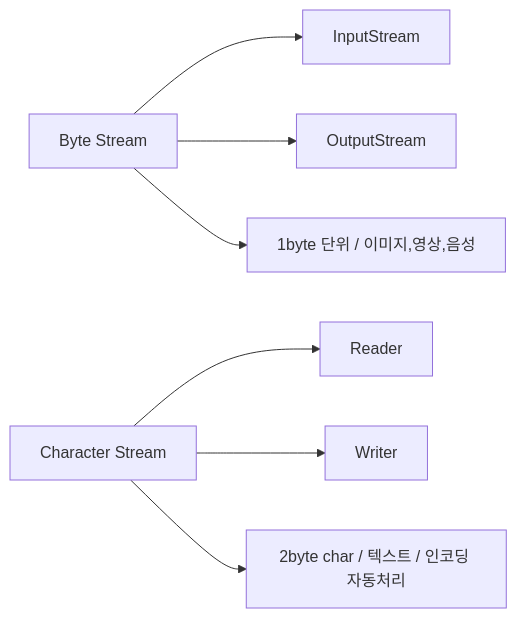
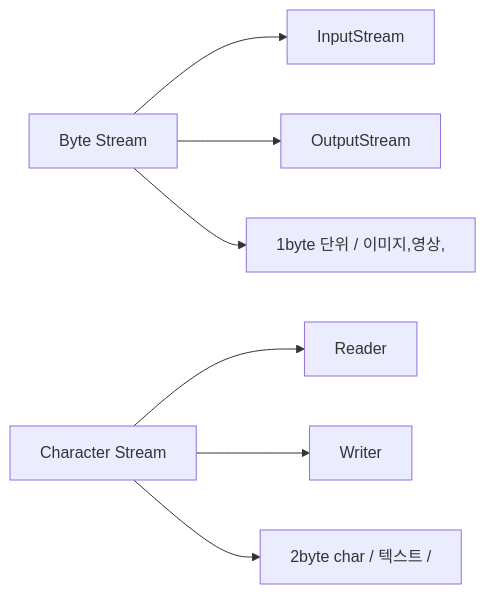
The second of 11 diagrams in _posts/java/2026-05-01-java-io.md (yjkim2015/yjkim2015.github.io), drawn with Mermaid before and after one commit. The commit also changed other lines of this file and 271 other files, not shown here.

First line of the commit message:
Mermaid 라벨 축소: 긴 노드 텍스트 18자 이하로 트림 + \n 제거

````diff
--- a/_posts/java/2026-05-01-java-io.md
+++ b/_posts/java/2026-05-01-java-io.md
@@ -42,7 +42,7 @@
 ```mermaid
 graph LR
     BS["Byte Stream"] --> IS["InputStream"] & OS["OutputStream"]
-    BS --> B1["1byte 단위 / 이미지,영상,음성"]
+    BS --> B1["1byte 단위 / 이미지,영상,"]
     CS["Character Stream"] --> R["Reader"] & W["Writer"]
-    CS --> C1["2byte char / 텍스트 / 인코딩 자동처리"]
+    CS --> C1["2byte char / 텍스트 /"]
 ```
````
